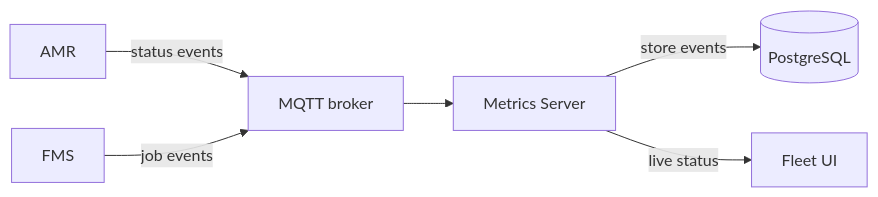
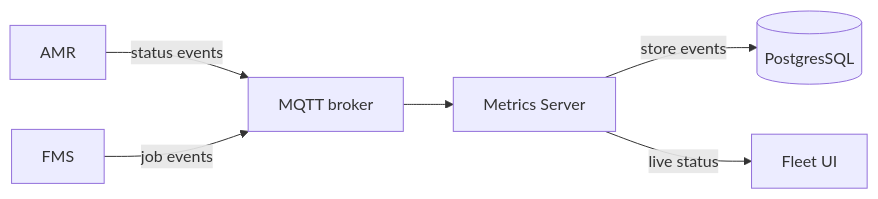
The diagram in architecture.md (hamkuu/robot-fleet-system), drawn with Mermaid before and after one commit.

Commit message:
improve diagram

````diff
--- a/architecture.md
+++ b/architecture.md
@@ -21,8 +21,8 @@
 ```mermaid
 flowchart LR
   AMR -->|status events| Broker[MQTT broker]
   Fleet[FMS] -->|job events| Broker
   Broker --> Metrics[Metrics Server]
-  Metrics -->|store events| DB[(PostgreSQL)]
+  Metrics -->|store events| DB[(PostgresSQL)]
   Metrics -->|live status| UI[Fleet UI]
 ```
````
